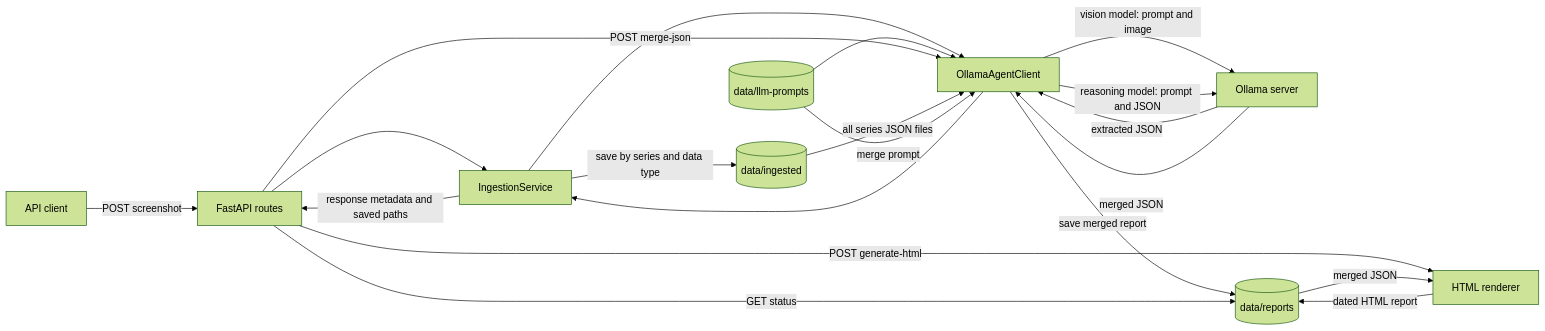
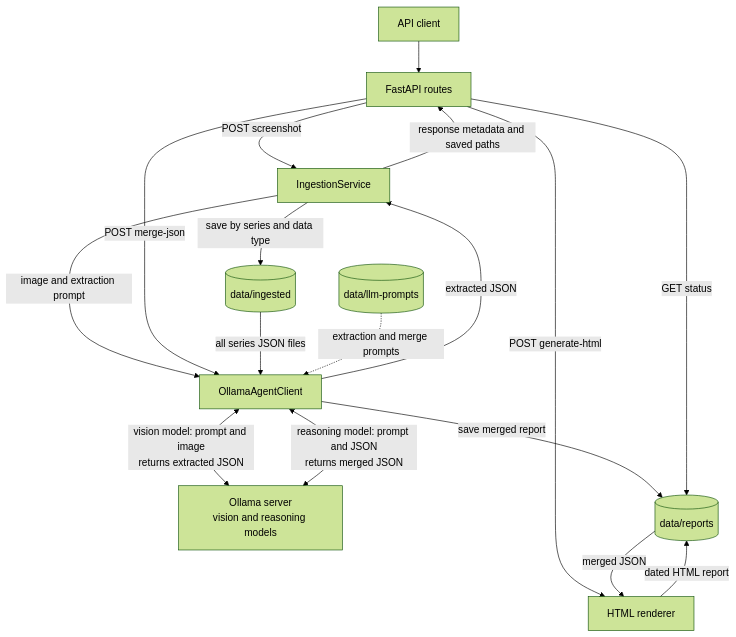
Before and after one commit to BinarySyrup/hard9stats-mlb-playoffs: the diagram in docs/architecture.md, drawn with Mermaid (forest theme). The commit also changed 2 other files, not shown here.

Commit message:
Updated architecture documentation.

````diff
--- a/docs/architecture.md
+++ b/docs/architecture.md
@@ -14,32 +14,34 @@
 ```mermaid
-flowchart LR
-    Client[API client]
-    Routes[FastAPI routes]
-    Ingestion[IngestionService]
-    Agent[OllamaAgentClient]
-    Ollama[Ollama server]
-    Prompts[(data/llm-prompts)]
-    Inputs[(data/ingested)]
-    Reports[(data/reports)]
-    Renderer[HTML renderer]
+flowchart TB
+    Client["API client"]
+    Routes["FastAPI routes"]
+    Ingestion["IngestionService"]
+    Agent["OllamaAgentClient"]
+    Renderer["HTML renderer"]
+    Ollama["Ollama server<br/>vision and reasoning models"]
+    Prompts[("data/llm-prompts")]
+    Inputs[("data/ingested")]
+    Reports[("data/reports")]
 
-    Client -->|POST screenshot| Routes
-    Routes --> Ingestion
-    Ingestion --> Agent
-    Prompts --> Agent
-    Agent -->|vision model: prompt and image| Ollama
-    Ollama -->|extracted JSON| Agent
-    Agent --> Ingestion
-    Ingestion -->|save by series and data type| Inputs
-    Ingestion -->|response metadata and saved paths| Routes
-    Routes -->|POST merge-json| Agent
-    Inputs -->|all series JSON files| Agent
-    Prompts -->|merge prompt| Agent
-    Agent -->|reasoning model: prompt and JSON| Ollama
-    Ollama -->|merged JSON| Agent
-    Agent -->|save merged report| Reports
-    Routes -->|POST generate-html| Renderer
-    Reports -->|merged JSON| Renderer
-    Renderer -->|dated HTML report| Reports
-    Routes -->|GET status| Reports
+    Client --> Routes
+
+    Routes -->|"POST screenshot"| Ingestion
+    Ingestion -->|"image and extraction prompt"| Agent
+    Agent <-->|"vision model: prompt and image<br/>returns extracted JSON"| Ollama
+    Agent -->|"extracted JSON"| Ingestion
+    Ingestion -->|"save by series and data type"| Inputs
+    Ingestion -->|"response metadata and saved paths"| Routes
+
+    Routes -->|"POST merge-json"| Agent
+    Inputs -->|"all series JSON files"| Agent
+    Agent <-->|"reasoning model: prompt and JSON<br/>returns merged JSON"| Ollama
+    Agent -->|"save merged report"| Reports
+
+    Routes -->|"POST generate-html"| Renderer
+    Reports -->|"merged JSON"| Renderer
+    Renderer -->|"dated HTML report"| Reports
+
+    Routes -->|"GET status"| Reports
+
+    Prompts -.->|"extraction and merge prompts"| Agent
 ```
````
